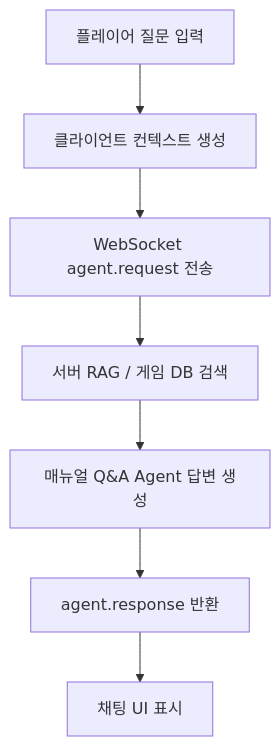
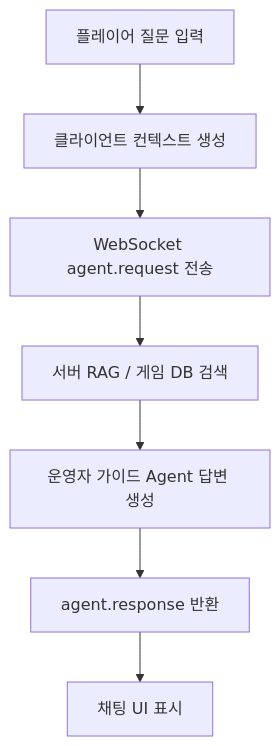
The fourth of 10 diagrams in protocol_plans.md (PU3-Lab/factory-space), drawn with Mermaid before and after one commit. The commit also changed other lines of this file and 25 other files, not shown here.

````diff
--- a/protocol_plans.md
+++ b/protocol_plans.md
@@ -535,9 +535,9 @@
 ```mermaid
 flowchart TD
     A[플레이어 질문 입력] --> B[클라이언트 컨텍스트 생성]
     B --> C[WebSocket agent.request 전송]
     C --> D[서버 RAG / 게임 DB 검색]
-    D --> E[매뉴얼 Q&A Agent 답변 생성]
+    D --> E[운영자 가이드 Agent 답변 생성]
     E --> F[agent.response 반환]
     F --> G[채팅 UI 표시]
 ```
````
